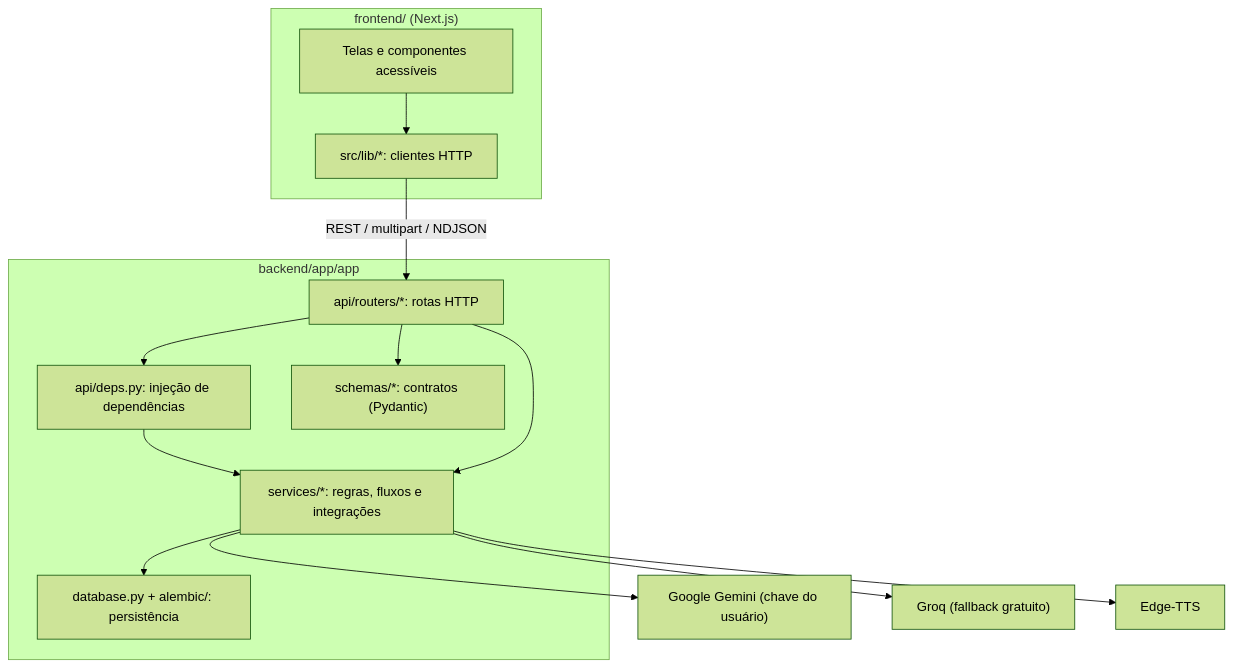
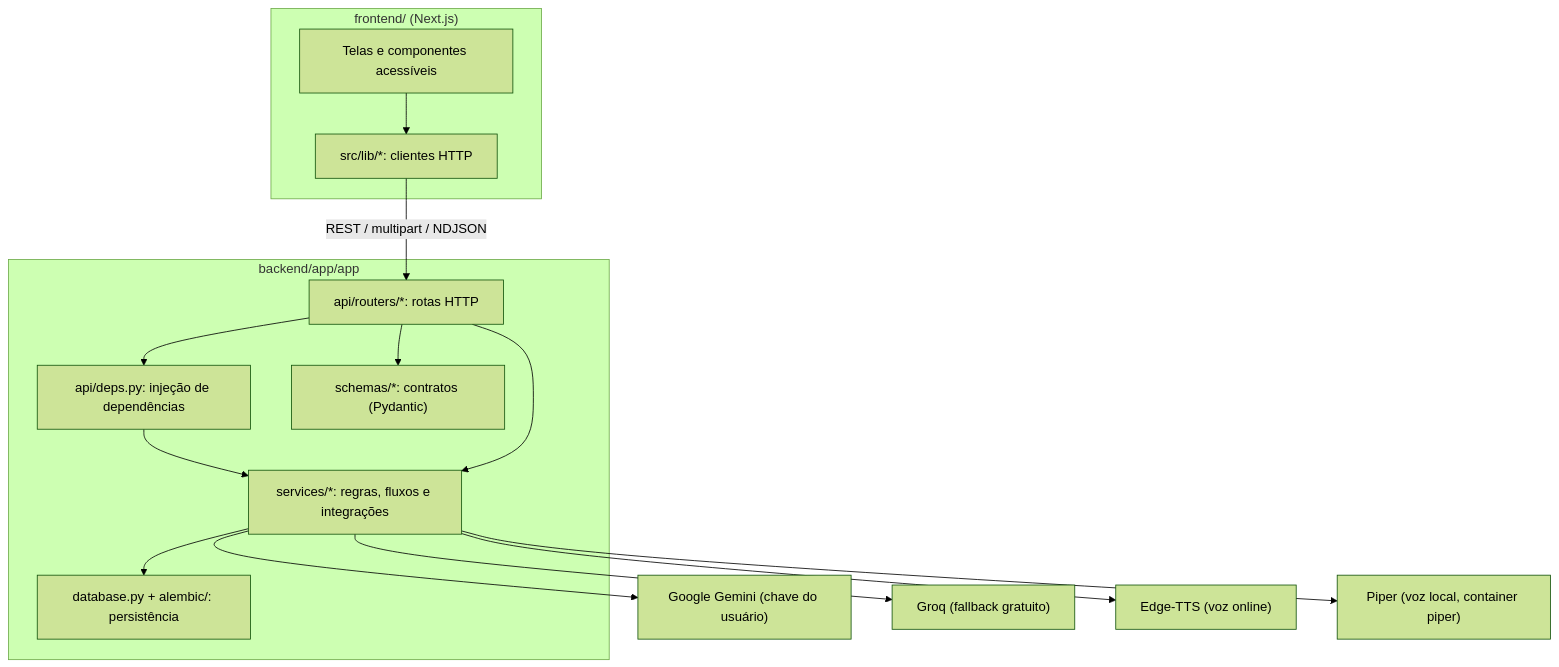
The diagram in docs/architecture.md (elisaleao/SINA_IA), drawn with Mermaid (forest theme) before and after one commit. The commit also changed other lines of this file and 4 other files, not shown here.

Commit message:
docs(tts): document the local piper voice (#T6)

````diff
--- a/docs/architecture.md
+++ b/docs/architecture.md
@@ -16,30 +16,32 @@
 ```mermaid
 flowchart TD
     subgraph Frontend["frontend/ (Next.js)"]
         UI["Telas e componentes acessíveis"]
         LIB["src/lib/*: clientes HTTP"]
         UI --> LIB
     end
 
     subgraph Backend["backend/app/app"]
         ROUTERS["api/routers/*: rotas HTTP"]
         DEPS["api/deps.py: injeção de dependências"]
         SCHEMAS["schemas/*: contratos (Pydantic)"]
         SERVICES["services/*: regras, fluxos e integrações"]
         DB["database.py + alembic/: persistência"]
         ROUTERS --> DEPS
         ROUTERS --> SCHEMAS
         DEPS --> SERVICES
         ROUTERS --> SERVICES
         SERVICES --> DB
     end
 
     GEMINI["Google Gemini (chave do usuário)"]
     GROQ["Groq (fallback gratuito)"]
-    TTS["Edge-TTS"]
+    TTS["Edge-TTS (voz online)"]
+    PIPER["Piper (voz local, container piper)"]
 
     LIB -->|REST / multipart / NDJSON| ROUTERS
     SERVICES --> GEMINI
     SERVICES --> GROQ
     SERVICES --> TTS
+    SERVICES --> PIPER
 ```
````
